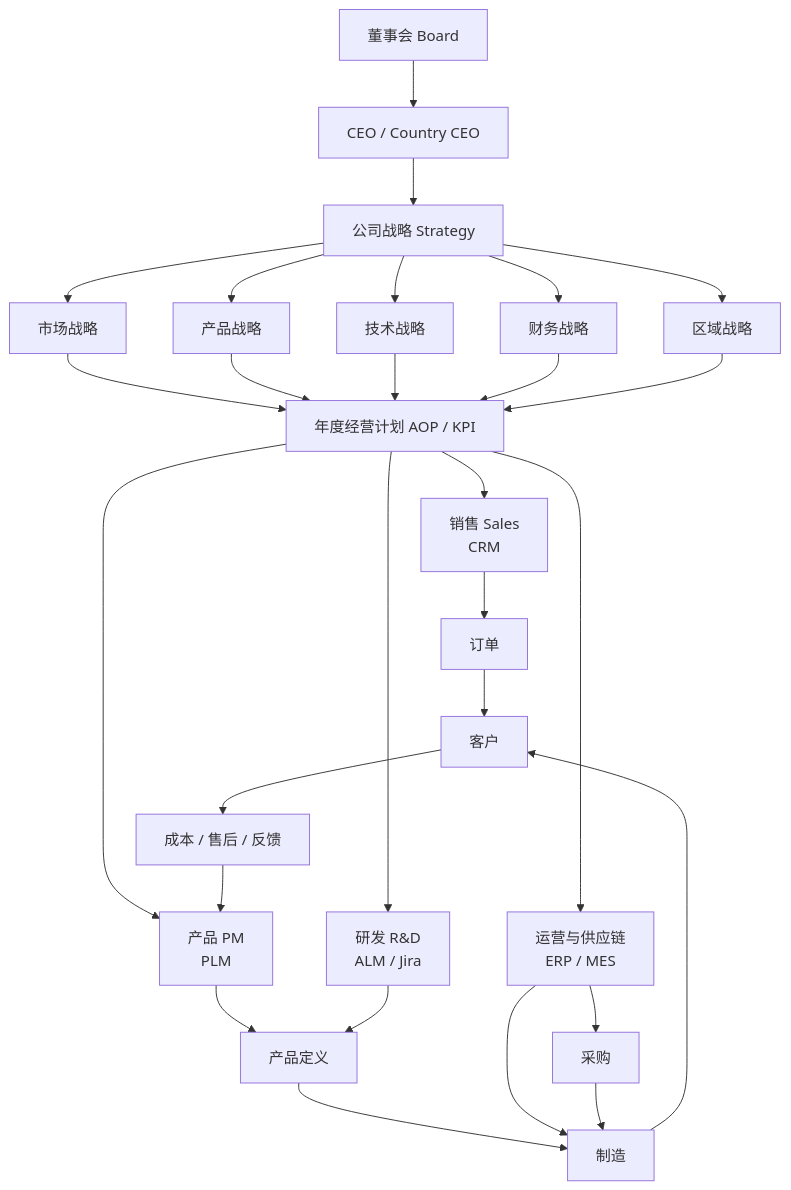
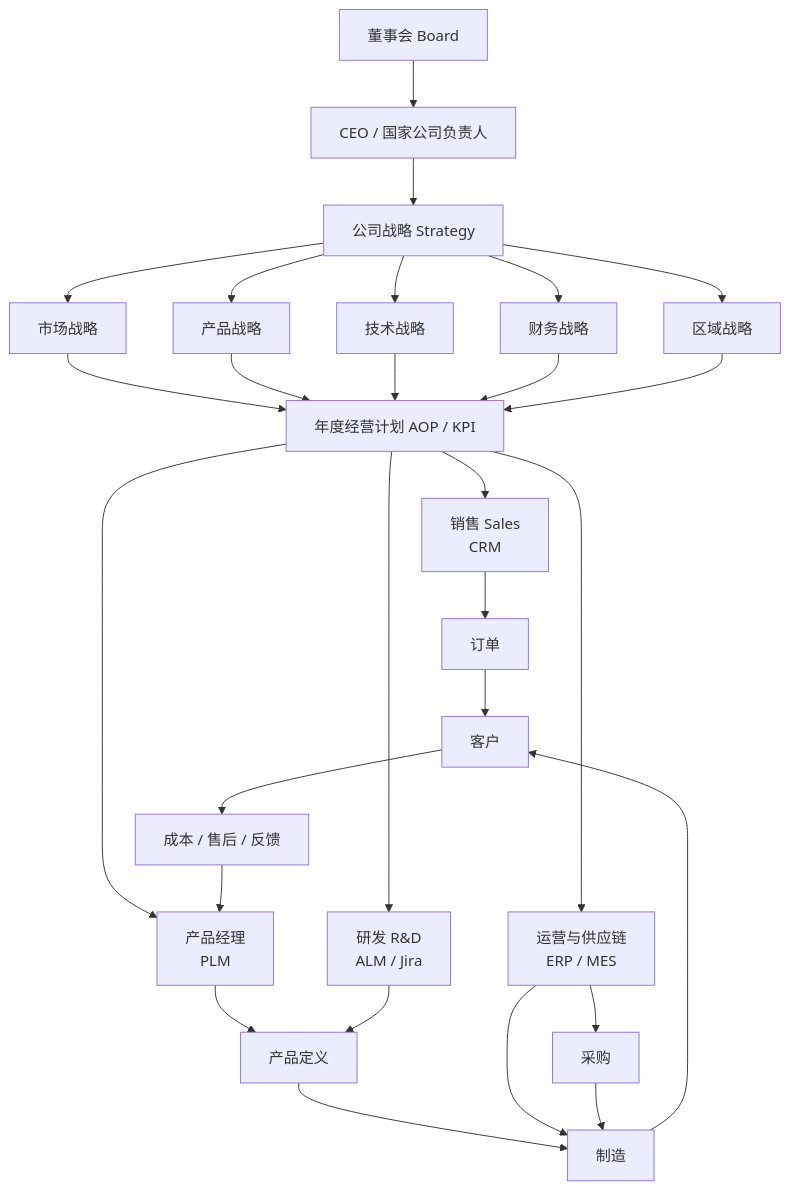
One commit to analyst2004lx/paper01 changed the first of 29 diagrams in 产品管理/战略和产品管理.md. Above: the diagram before and after it, drawn with Mermaid. The commit also changed other lines of this file and 2 other files, not shown here.

````diff
--- a/产品管理/战略和产品管理.md
+++ b/产品管理/战略和产品管理.md
@@ -80,37 +83,37 @@
 ```mermaid
 flowchart TB
     Board["董事会 Board"]
-    CEO["CEO / Country CEO"]
+    CEO["CEO / 国家公司负责人"]
     Strat["公司战略 Strategy"]
 
     Board --> CEO --> Strat
 
     Strat --> MS["市场战略"]
     Strat --> PS["产品战略"]
     Strat --> TS["技术战略"]
     Strat --> FS["财务战略"]
     Strat --> RS["区域战略"]
 
     MS --> AOP["年度经营计划 AOP / KPI"]
     PS --> AOP
     TS --> AOP
     FS --> AOP
     RS --> AOP
 
     AOP --> Sales["销售 Sales<br/>CRM"]
-    AOP --> PM["产品 PM<br/>PLM"]
+    AOP --> PM["产品经理<br/>PLM"]
     AOP --> RD["研发 R&D<br/>ALM / Jira"]
     AOP --> Ops["运营与供应链<br/>ERP / MES"]
 
     Sales --> Order["订单"]
     PM --> Product["产品定义"]
     RD --> Product
     Product --> Mfg["制造"]
     Ops --> Mfg
     Ops --> Buy["采购"]
     Buy --> Mfg
     Order --> Cust["客户"]
     Mfg --> Cust
     Cust --> Cost["成本 / 售后 / 反馈"]
     Cost --> PM
 ```
````
